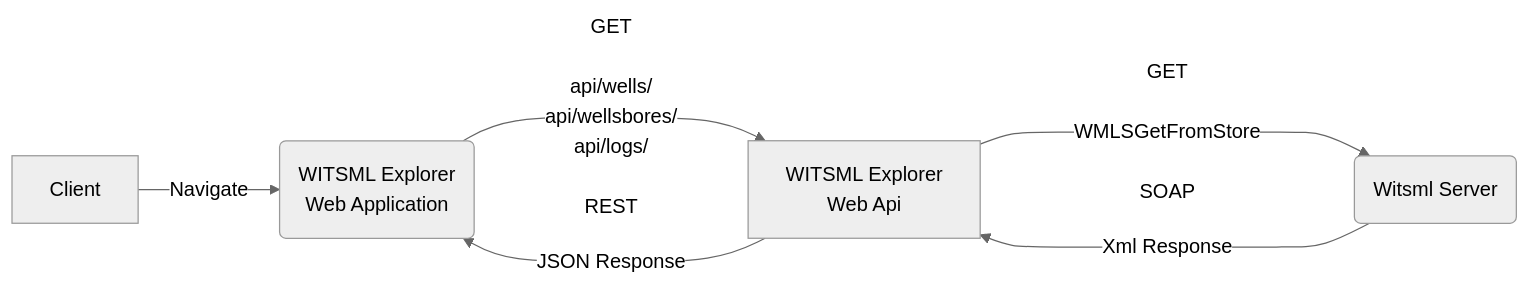
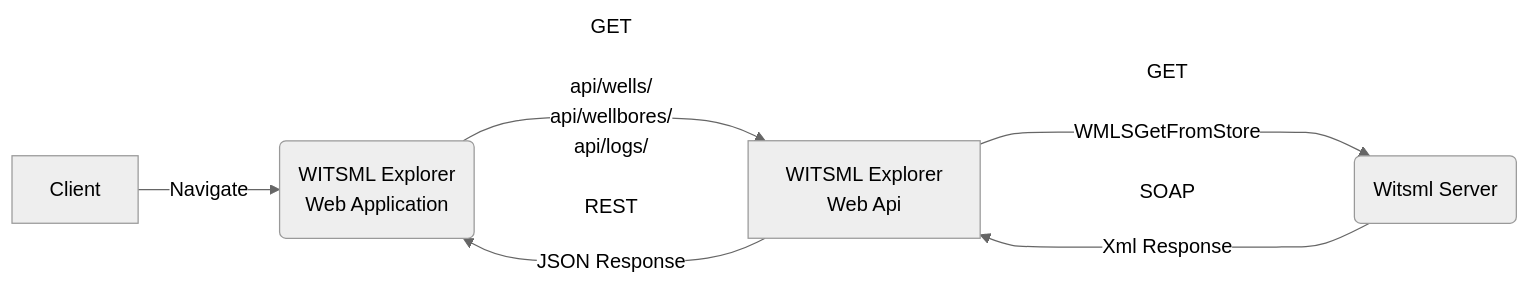
Before and after one commit to equinor/witsml-explorer: the first of 2 diagrams in CONTRIBUTING.md, drawn with Mermaid (neutral theme).

````diff
--- a/CONTRIBUTING.md
+++ b/CONTRIBUTING.md
@@ -227,8 +227,8 @@
 ```mermaid
 graph LR
     A[Client] -->|Navigate| B(WITSML Explorer <br> Web Application)
-    B ---> |GET <br><br>api/wells/ <br> api/wellsbores/ <br> api/logs/ <br> <br> REST| C[WITSML Explorer <br>Web Api]
+    B ---> |GET <br><br>api/wells/ <br> api/wellbores/ <br> api/logs/ <br> <br> REST| C[WITSML Explorer <br>Web Api]
     C ---> |JSON Response| B
     C ----> |GET <br><br>WMLSGetFromStore <br><br> SOAP| D(Witsml Server)
     D ---> |Xml Response| C
 ```
````
